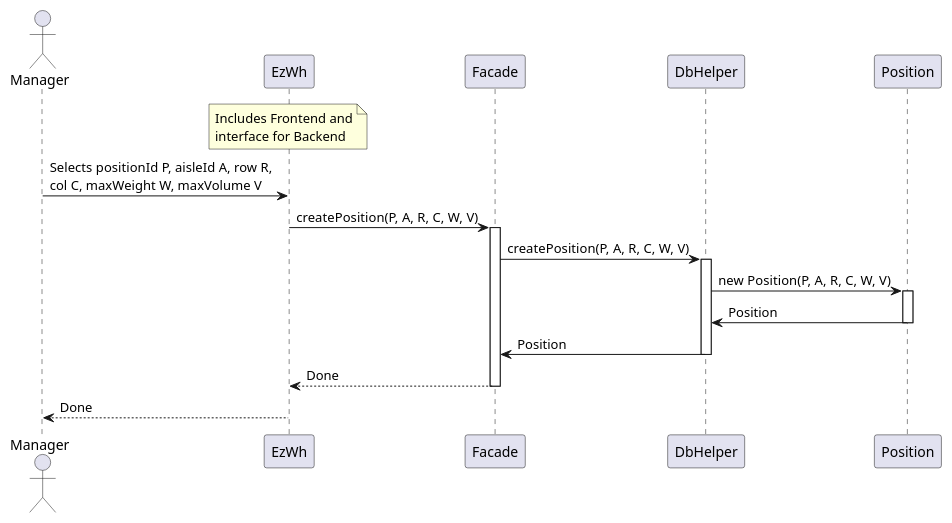
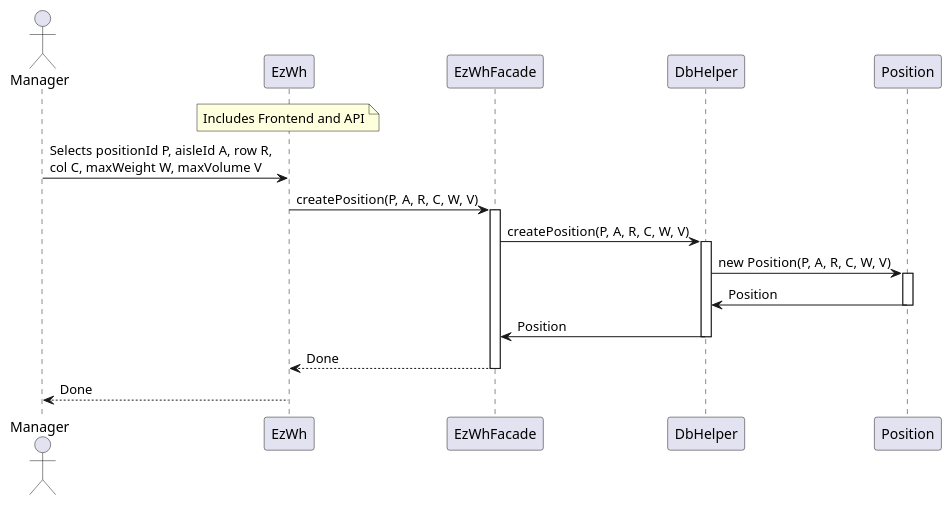
One commit to giuseppe-dandrea/EzWh changed the fourth of 12 diagrams in DesignDocument.md. Above: the diagram before and after it, drawn with PlantUML. The commit also changed other lines of this file and 1 other file, not shown here.

Commit message:
Added low_level_design_diagram.svg. Changed some terms for consistency.

````diff
--- a/DesignDocument.md
+++ b/DesignDocument.md
@@ -611,23 +615,23 @@
 ```plantuml
 actor Manager
 participant EzWh
-note over EzWh: Includes Frontend and\ninterface for Backend
-participant Facade
+note over EzWh: Includes Frontend and API
+participant EzWhFacade
 participant DbHelper
 participant Position
 
 Manager -> EzWh: Selects positionId P, aisleId A, row R,\ncol C, maxWeight W, maxVolume V
-EzWh -> Facade: createPosition(P, A, R, C, W, V)
-activate Facade
-Facade -> DbHelper: createPosition(P, A, R, C, W, V)
+EzWh -> EzWhFacade: createPosition(P, A, R, C, W, V)
+activate EzWhFacade
+EzWhFacade -> DbHelper: createPosition(P, A, R, C, W, V)
 activate DbHelper
 DbHelper-> Position: new Position(P, A, R, C, W, V)
 activate Position
 Position -> DbHelper: Position
 deactivate Position
-DbHelper->Facade: Position
+DbHelper->EzWhFacade: Position
 deactivate DbHelper
-Facade --> EzWh: Done
-deactivate Facade
+EzWhFacade --> EzWh: Done
+deactivate EzWhFacade
 EzWh --> Manager : Done
 ```
````
